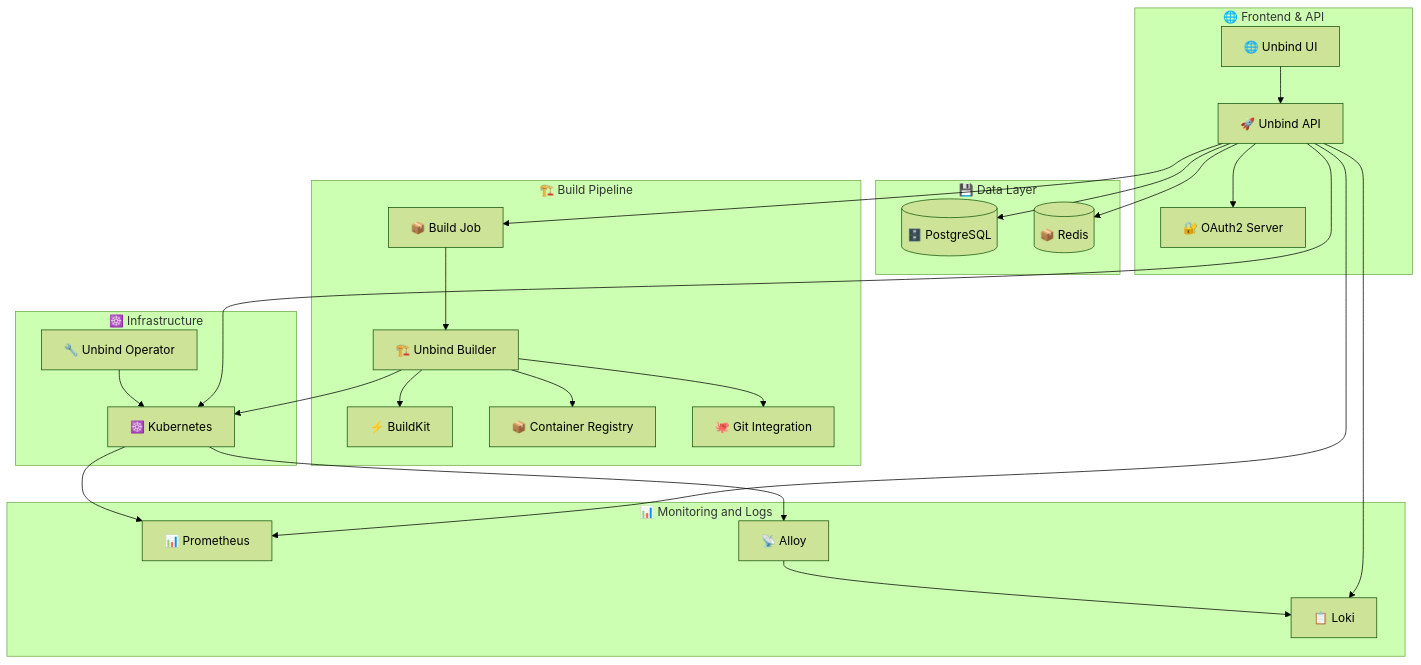
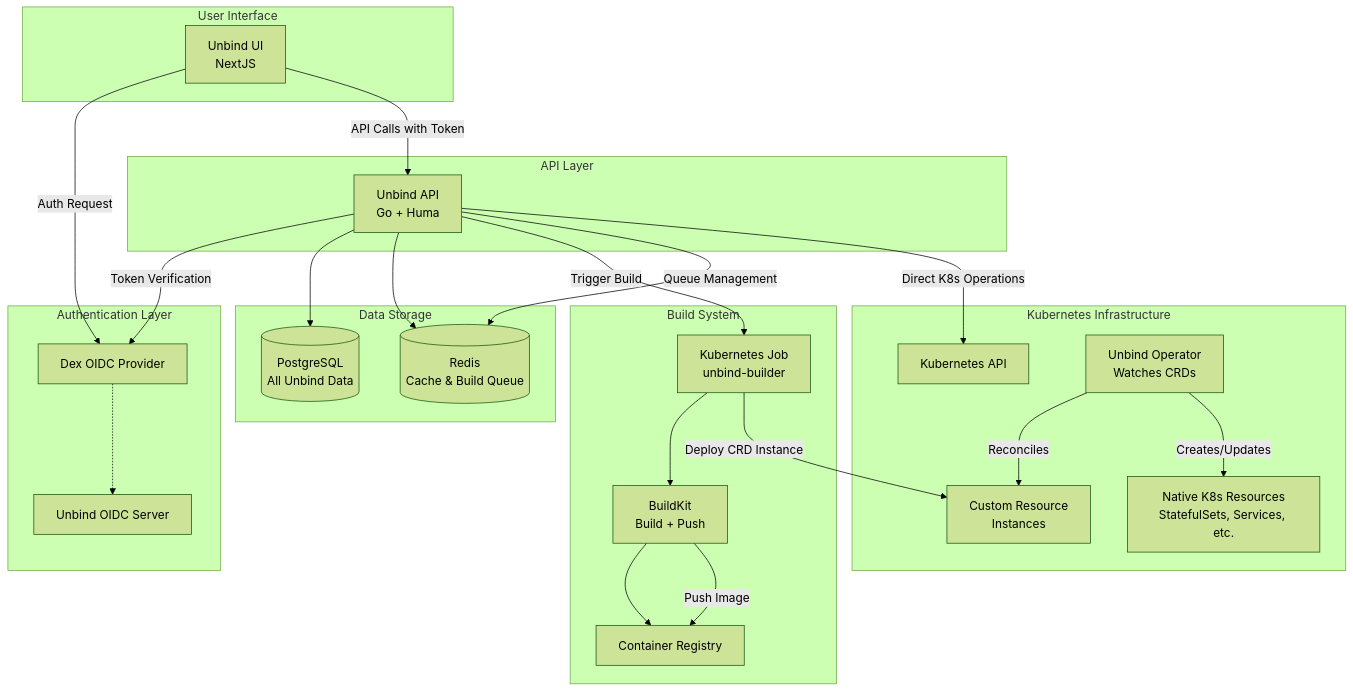
The diagram in README.md (unbindapp/unbind-api), drawn with Mermaid (forest theme) before and after one commit. The commit also changed other lines of this file, not shown here.

Commit message:
Update architecture

````diff
--- a/README.md
+++ b/README.md
@@ -37,53 +37,57 @@
 ```mermaid
 graph TB
-    subgraph "🌐 Frontend & API"
-        UI[🌐 Unbind UI]
-        API[🚀 Unbind API]
-        Auth[🔐 OAuth2 Server]
-        UI --> API
-        API --> Auth
+    subgraph "User Interface"
+        UI[Unbind UI<br/>NextJS]
     end
 
-    subgraph "💾 Data Layer"
-        DB[(🗄️ PostgreSQL)]
-        Cache[(📦 Redis)]
+    subgraph "Authentication Layer"
+        Dex[Dex OIDC Provider]
+        OIDC[Unbind OIDC Server]
+        Dex -.-> OIDC
     end
 
-    subgraph "🏗️ Build Pipeline"
-        Job[📦 Build Job]
-        Builder[🏗️ Unbind Builder]
-        BuildKit[⚡ BuildKit]
-        Registry[📦 Container Registry]
-        Git[🐙 Git Integration]
-
-        Job --> Builder
-        Builder --> BuildKit
-        Builder --> Registry
-        Builder --> Git
+    subgraph "API Layer"
+        API[Unbind API<br/>Go + Huma]
     end
 
-    subgraph "☸️ Infrastructure"
-        K8s[☸️ Kubernetes]
-        Operator[🔧 Unbind Operator]
-        Operator --> K8s
+    subgraph "Data Storage"
+        DB[(PostgreSQL<br/>All Unbind Data)]
+        Redis[(Redis<br/>Cache & Build Queue)]
     end
 
-    subgraph "📊 Monitoring and Logs"
-        Prometheus[📊 Prometheus]
-        Alloy[📡 Alloy]
-        Loki[📋 Loki]
-
-        Alloy --> Loki
+    subgraph "Build System"
+        BuildJob[Kubernetes Job<br/>unbind-builder]
+        BuildKit[BuildKit<br/>Build + Push]
+        Registry[Container Registry]
+        BuildJob --> BuildKit
+        BuildKit --> Registry
     end
 
-    %% Main connections
+    subgraph "Kubernetes Infrastructure"
+        K8s[Kubernetes API]
+        Operator[Unbind Operator<br/>Watches CRDs]
+        CRD[Custom Resource<br/>Instances]
+        NativeRes[Native K8s Resources<br/>StatefulSets, Services, etc.]
+
+        Operator -->|"Reconciles"| CRD
+        Operator -->|"Creates/Updates"| NativeRes
+    end
+
+    %% Authentication Flow
+    UI -->|"Auth Request"| Dex
+    UI -->|"API Calls with Token"| API
+    API -->|"Token Verification"| Dex
+
+    %% Data Flow
     API --> DB
-    API --> Cache
-    API --> Job
-    API --> K8s
-    Builder --> K8s
-    K8s --> Prometheus
-    K8s --> Alloy
-    API --> Prometheus
-    API --> Loki
+    API --> Redis
+
+    %% Build Flow
+    API -->|"Trigger Build"| BuildJob
+    API -->|"Queue Management"| Redis
+    BuildJob -->|"Deploy CRD Instance"| CRD
+    BuildKit -->|"Push Image"| Registry
+
+    %% Platform Operations
+    API -->|"Direct K8s Operations"| K8s
 ```
````
